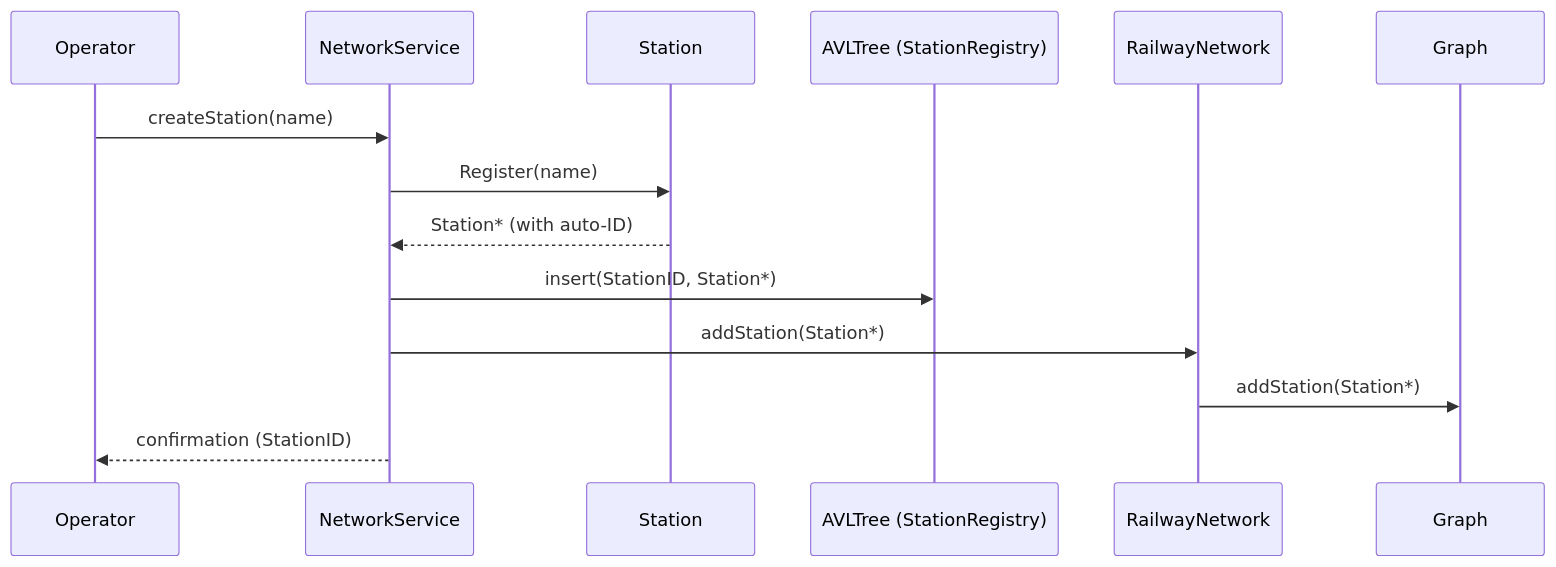
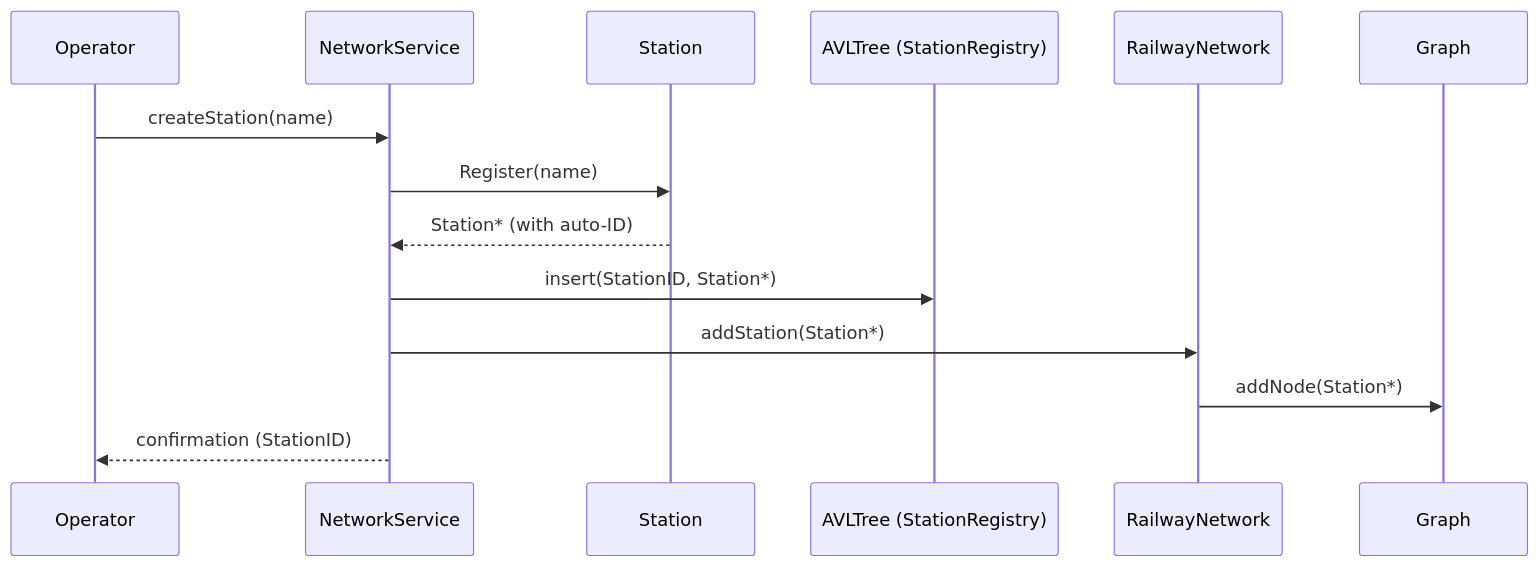
One commit to fahad-accordion-23/ds-project-iron-nexus changed the first of 5 diagrams in Documentation/sequence_diagrams_module3.md. Above: the diagram before and after it, drawn with Mermaid. The commit also changed other lines of this file and 2 other files, not shown here.

Commit message:
Refactor Graph structure to be generic and update dependencies

````diff
--- a/Documentation/sequence_diagrams_module3.md
+++ b/Documentation/sequence_diagrams_module3.md
@@ -10,17 +10,17 @@
 ```mermaid
 sequenceDiagram
     participant Operator
     participant NS as NetworkService
     participant S as Station
     participant AVL as AVLTree (StationRegistry)
     participant RN as RailwayNetwork
     participant G as Graph
 
     Operator->>NS: createStation(name)
     NS->>S: Register(name)
     S-->>NS: Station* (with auto-ID)
     NS->>AVL: insert(StationID, Station*)
     NS->>RN: addStation(Station*)
-    RN->>G: addStation(Station*)
+    RN->>G: addNode(Station*)
     NS-->>Operator: confirmation (StationID)
 ```
````
